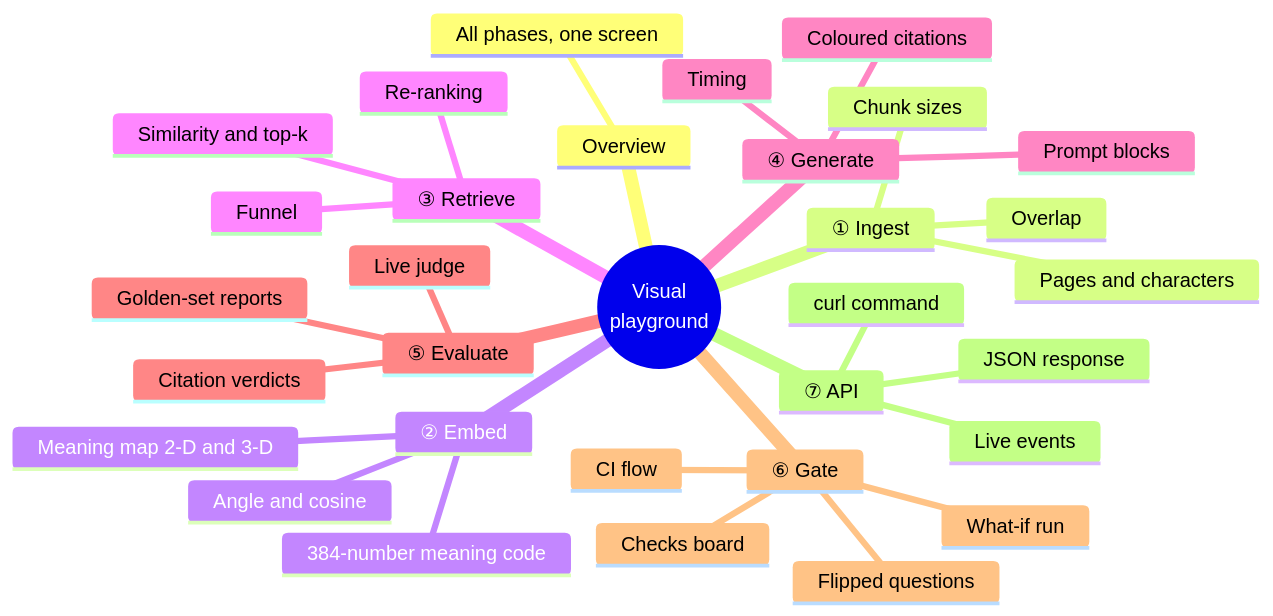
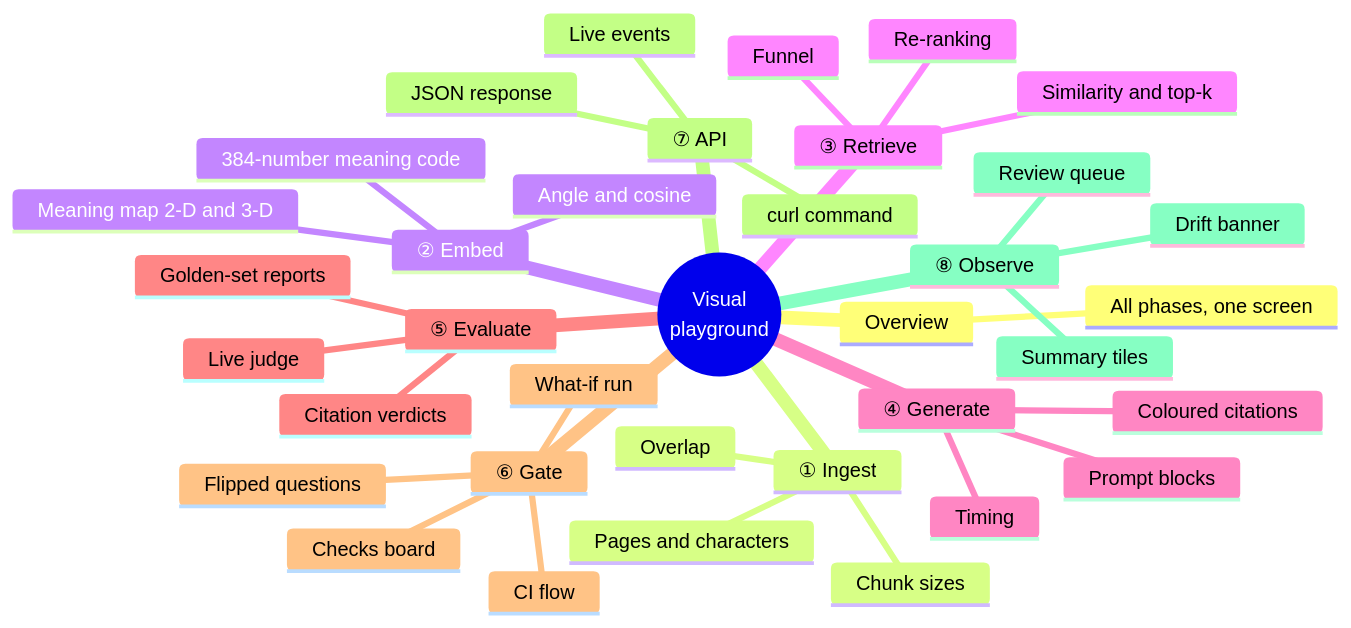
The first of 8 diagrams in docs/learning/playground.md (mjunedalam/rag-eval-platform), drawn with Mermaid before and after one commit. The commit also changed other lines of this file and 62 other files, not shown here.

````diff
--- a/docs/learning/playground.md
+++ b/docs/learning/playground.md
@@ -11,35 +11,39 @@
 ```mermaid
 mindmap
   root((Visual<br/>playground))
     Overview
       All phases, one screen
     ① Ingest
       Pages and characters
       Chunk sizes
       Overlap
     ② Embed
       384-number meaning code
       Meaning map 2-D and 3-D
       Angle and cosine
     ③ Retrieve
       Similarity and top-k
       Funnel
       Re-ranking
     ④ Generate
       Prompt blocks
       Coloured citations
       Timing
     ⑤ Evaluate
       Live judge
       Citation verdicts
       Golden-set reports
     ⑥ Gate
       CI flow
       Checks board
       What-if run
       Flipped questions
     ⑦ API
       curl command
       JSON response
       Live events
+    ⑧ Observe
+      Drift banner
+      Summary tiles
+      Review queue
 ```
````
